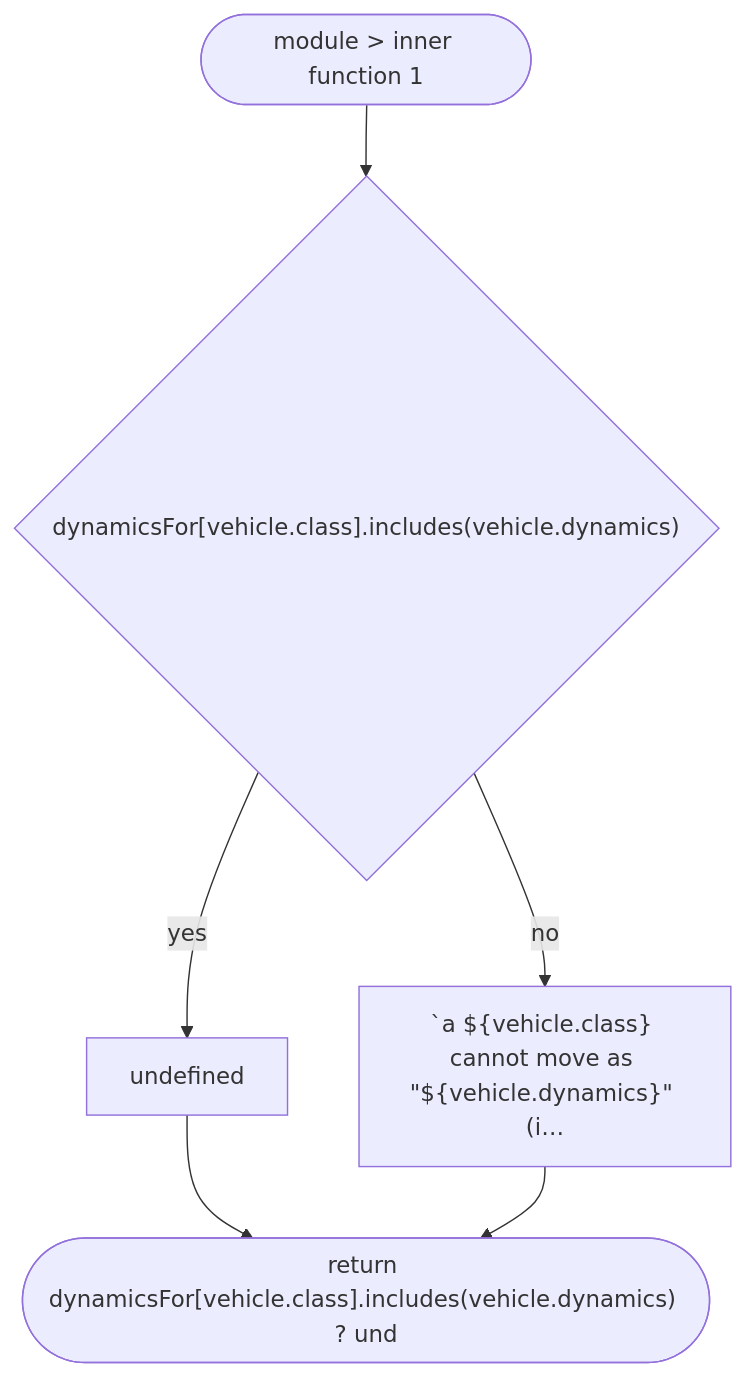
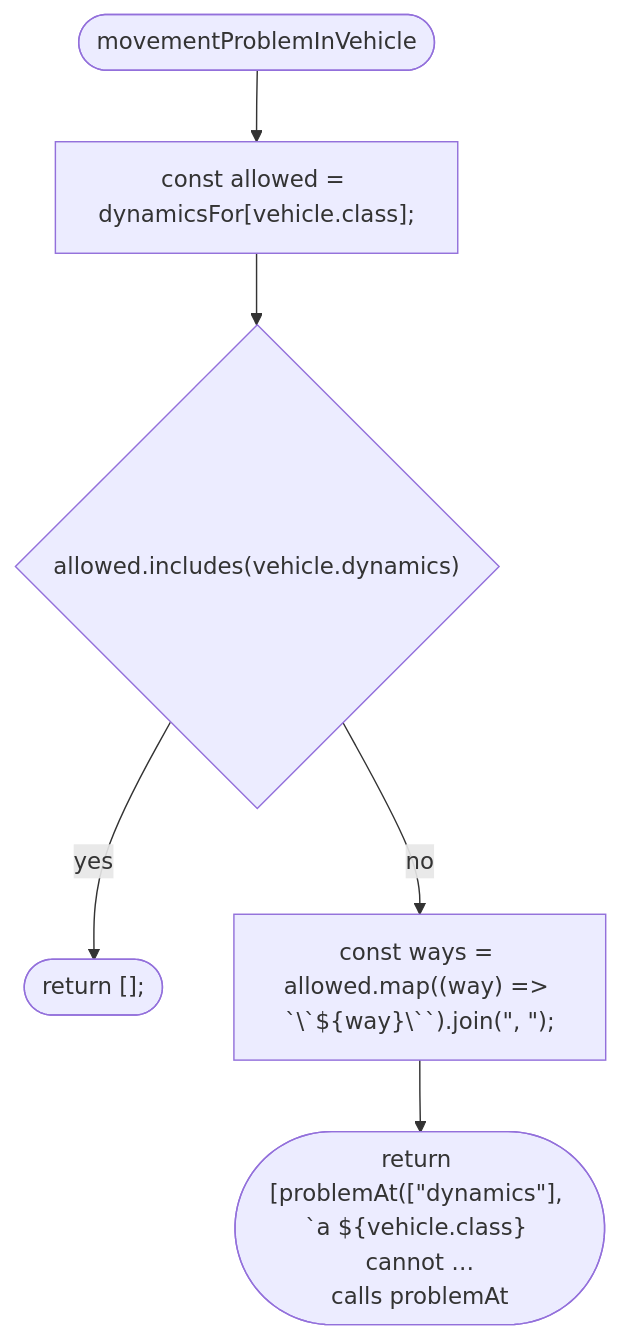
The first of 2 diagrams in docs/flows/src/place/vehicle.md (NewDara-Star/world-engine), drawn with Mermaid before and after one commit. The commit also changed other lines of this file and 18 other files, not shown here.

````diff
--- a/docs/flows/src/place/vehicle.md
+++ b/docs/flows/src/place/vehicle.md
@@ -7,13 +7,14 @@
 ```mermaid
 flowchart TD
-  n1(["module #gt; inner function 1"])
-  n2{"dynamicsFor[vehicle.class].includes(vehicle.dynamics)"}
-  n3["undefined"]
-  n4["#96;a ${vehicle.class} cannot move as #quot;${vehicle.dynamics}#quot; (i…"]
-  n5(["return dynamicsFor[vehicle.class].includes(vehicle.dynamics) ? und"])
+  n1(["movementProblemInVehicle"])
+  n2["const allowed = dynamicsFor[vehicle.class];"]
+  n3{"allowed.includes(vehicle.dynamics)"}
+  n4(["return [];"])
+  n5["const ways = allowed.map((way) =#gt; #96;\#96;${way}\#96;#96;).join(#quot;, #quot;);"]
+  n6(["return [problemAt([#quot;dynamics#quot;], #96;a ${vehicle.class} cannot …<br/>calls problemAt"])
   n1 --> n2
-  n2 -->|"yes"| n3
-  n2 -->|"no"| n4
-  n3 --> n5
-  n4 --> n5
+  n2 --> n3
+  n3 -->|"yes"| n4
+  n3 -->|"no"| n5
+  n5 --> n6
 ```
````
